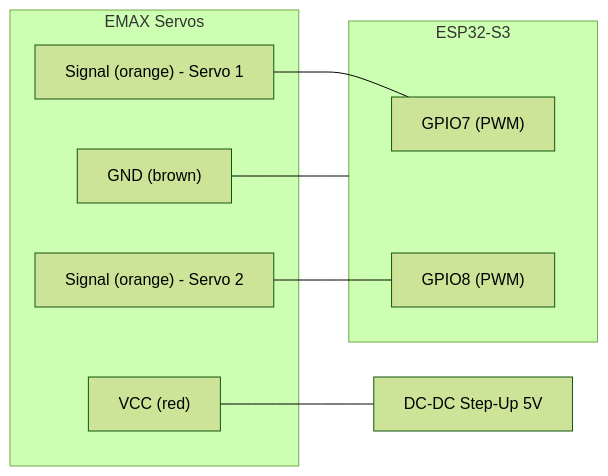
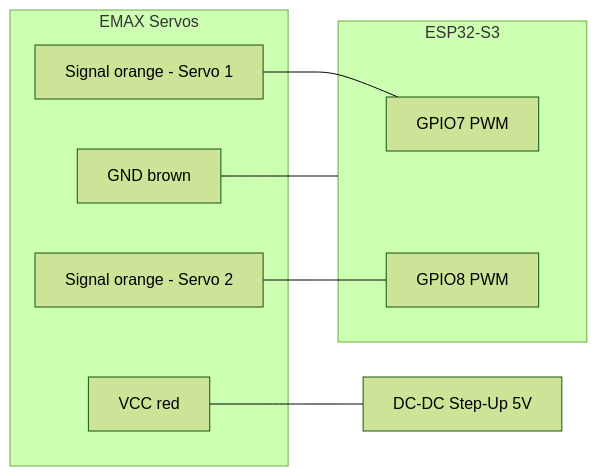
Before and after one commit to zabbix-byte/real-tars: the fourth of 8 diagrams in README.md, drawn with Mermaid (forest theme). The commit also changed other lines of this file and 2 other files, not shown here.

Commit message:
refactor: update architecture diagrams and component descriptions in README files

````diff
--- a/README.md
+++ b/README.md
@@ -381,21 +383,21 @@
 ```mermaid
 graph LR
     subgraph SERVO["EMAX Servos"]
-        S1_SIG["Signal (orange) - Servo 1"]
-        S2_SIG["Signal (orange) - Servo 2"]
-        S_VCC["VCC (red)"]
-        S_GND["GND (brown)"]
+        S1_SIG["Signal orange - Servo 1"]
+        S2_SIG["Signal orange - Servo 2"]
+        S_VCC["VCC red"]
+        S_GND["GND brown"]
     end
 
     subgraph ESP32["ESP32-S3"]
-        E_G7["GPIO7 (PWM)"]
-        E_G8["GPIO8 (PWM)"]
+        E_G7["GPIO7 PWM"]
+        E_G8["GPIO8 PWM"]
     end
 
     STEP["DC-DC Step-Up 5V"]
 
     S1_SIG --- E_G7
     S2_SIG --- E_G8
     S_VCC --- STEP
     S_GND --- ESP32
 ```
````
